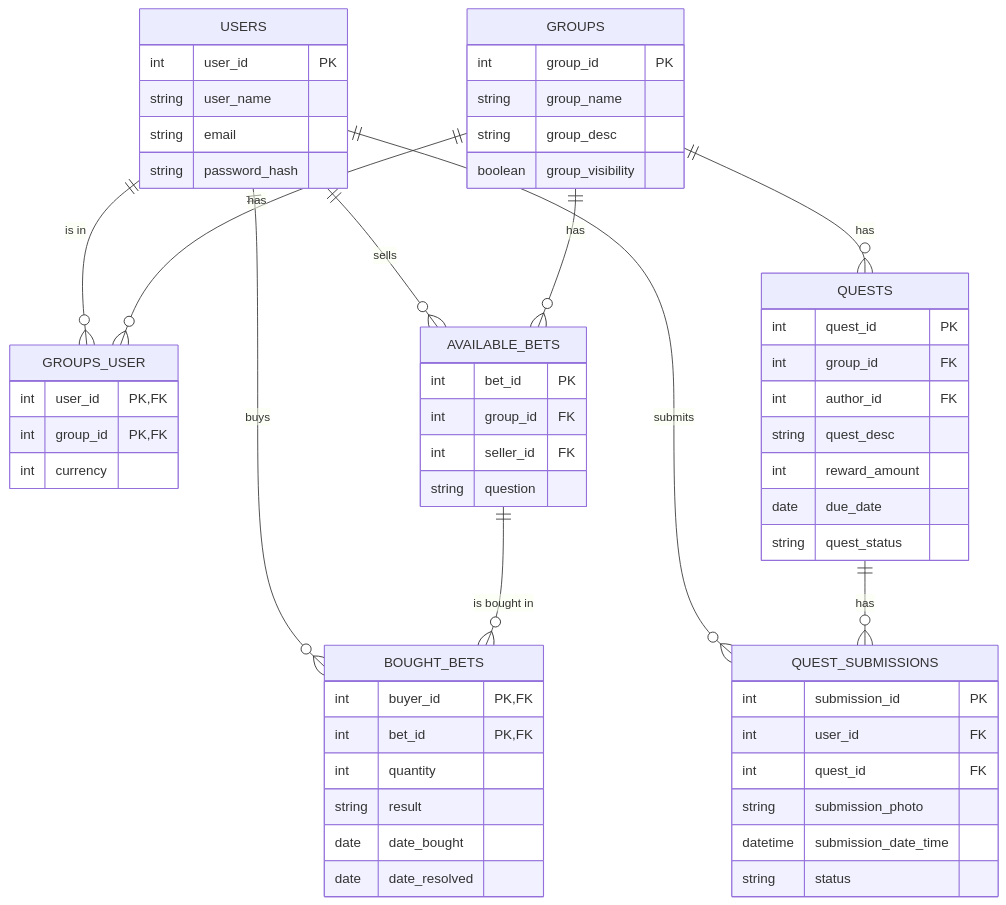
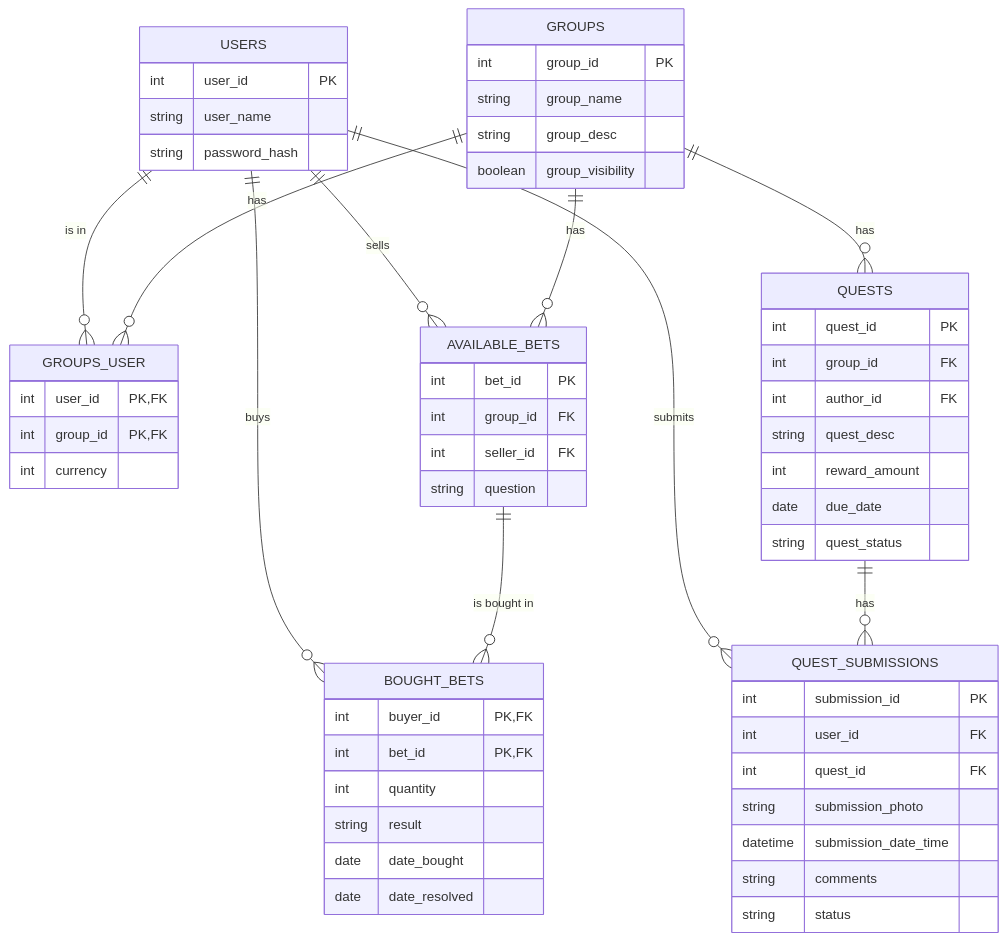
The diagram in docs/erd.md (jdolak/sidequest), drawn with Mermaid before and after one commit. The commit also changed 2 other files, not shown here.

Commit message:
CORS stuff

````diff
--- a/docs/erd.md
+++ b/docs/erd.md
@@ -1,68 +1,68 @@
 ```mermaid
 erDiagram
     USERS {
         int user_id PK
         string user_name
-        string email
         string password_hash
     }
 
     GROUPS {
         int group_id PK
         string group_name
         string group_desc
         boolean group_visibility
     }
 
     GROUPS_USER {
         int user_id PK,FK
         int group_id PK,FK
         int currency
     }
 
     AVAILABLE_BETS {
         int bet_id PK
         int group_id FK
         int seller_id FK
         string question
     }
 
     BOUGHT_BETS {
         int buyer_id PK,FK
         int bet_id PK,FK
         int quantity
         string result
         date date_bought
         date date_resolved
     }
 
     QUESTS {
         int quest_id PK
         int group_id FK
         int author_id FK
         string quest_desc
         int reward_amount
         date due_date
         string quest_status
     }
 
     QUEST_SUBMISSIONS {
         int submission_id PK
         int user_id FK
         int quest_id FK
         string submission_photo
         datetime submission_date_time
+        string comments
         string status
     }
 
     USERS ||--o{ GROUPS_USER : "is in"
     GROUPS ||--o{ GROUPS_USER : "has"
     USERS ||--o{ AVAILABLE_BETS : "sells"
     GROUPS ||--o{ AVAILABLE_BETS : "has"
     USERS ||--o{ BOUGHT_BETS : "buys"
     AVAILABLE_BETS ||--o{ BOUGHT_BETS : "is bought in"
     GROUPS ||--o{ QUESTS : "has"
     USERS ||--o{ QUEST_SUBMISSIONS : "submits"
     QUESTS ||--o{ QUEST_SUBMISSIONS : "has"
 
 ```
````
